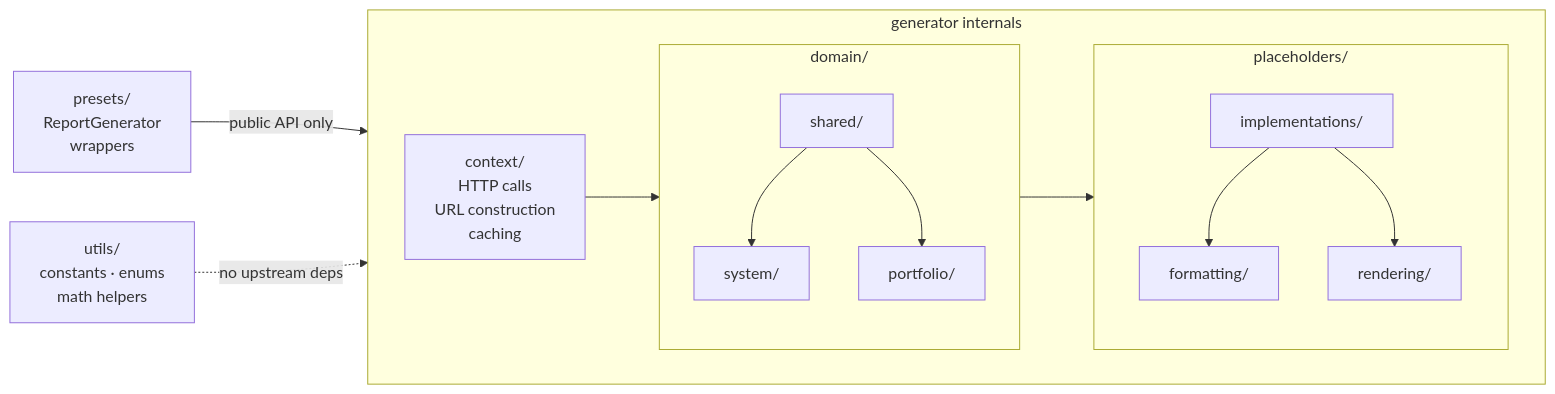
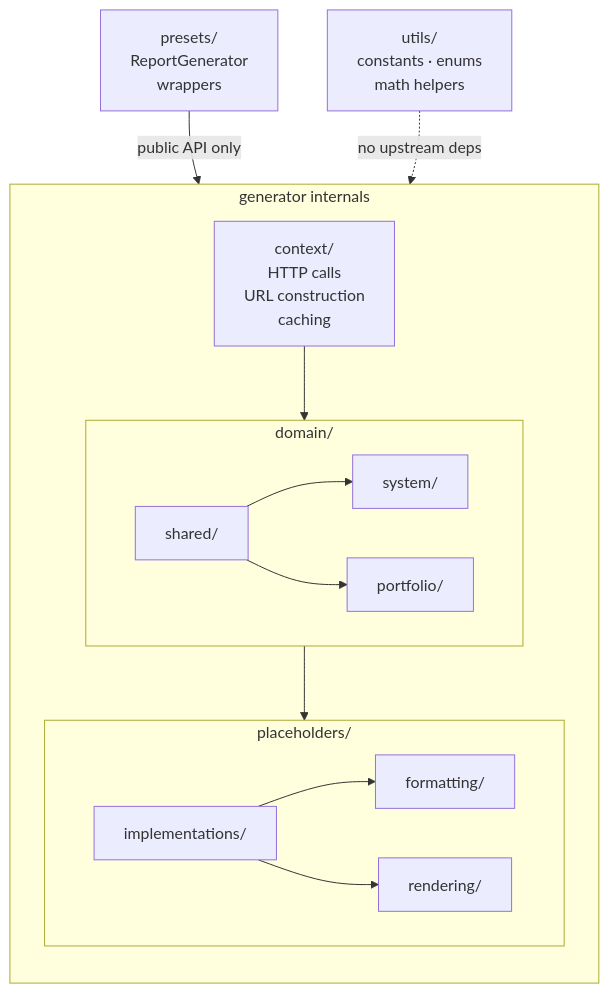
One commit to Software-Improvement-Group/sigrid-report-generator changed the diagram in docs/architecture.md. Above: the diagram before and after it, drawn with Mermaid.

Commit message:
Mermaid diagram

````diff
--- a/docs/architecture.md
+++ b/docs/architecture.md
@@ -27,35 +27,32 @@
 ```mermaid
-flowchart LR
-    utils["utils/\nconstants · enums\nmath helpers"]
+flowchart TD
+    utils["utils/<br/>constants · enums<br/>math helpers"]
 
     subgraph generator["generator internals"]
-        direction LR
-        context["context/\nHTTP calls\nURL construction\ncaching"]
+        direction TD
+        context["context/<br/>HTTP calls<br/>URL construction<br/>caching"]
 
         subgraph domain["domain/"]
-            direction TB
-            shared["shared/"]
-            system["system/"]
-            portfolio["portfolio/"]
-            shared --> system
-            shared --> portfolio
+            direction LR
+            shared["shared/"] --> system["system/"]
+            shared --> portfolio["portfolio/"]
         end
 
         subgraph ph["placeholders/"]
-            direction TB
+            direction LR
             impl["implementations/"]
             fmt["formatting/"]
             rend["rendering/"]
             impl --> fmt
             impl --> rend
         end
 
         context --> domain
         domain --> impl
     end
 
-    presets["presets/\nReportGenerator\nwrappers"]
+    presets["presets/<br/>ReportGenerator<br/>wrappers"]
 
     presets -->|public API only| generator
     utils -.->|no upstream deps| generator
 ```
````
